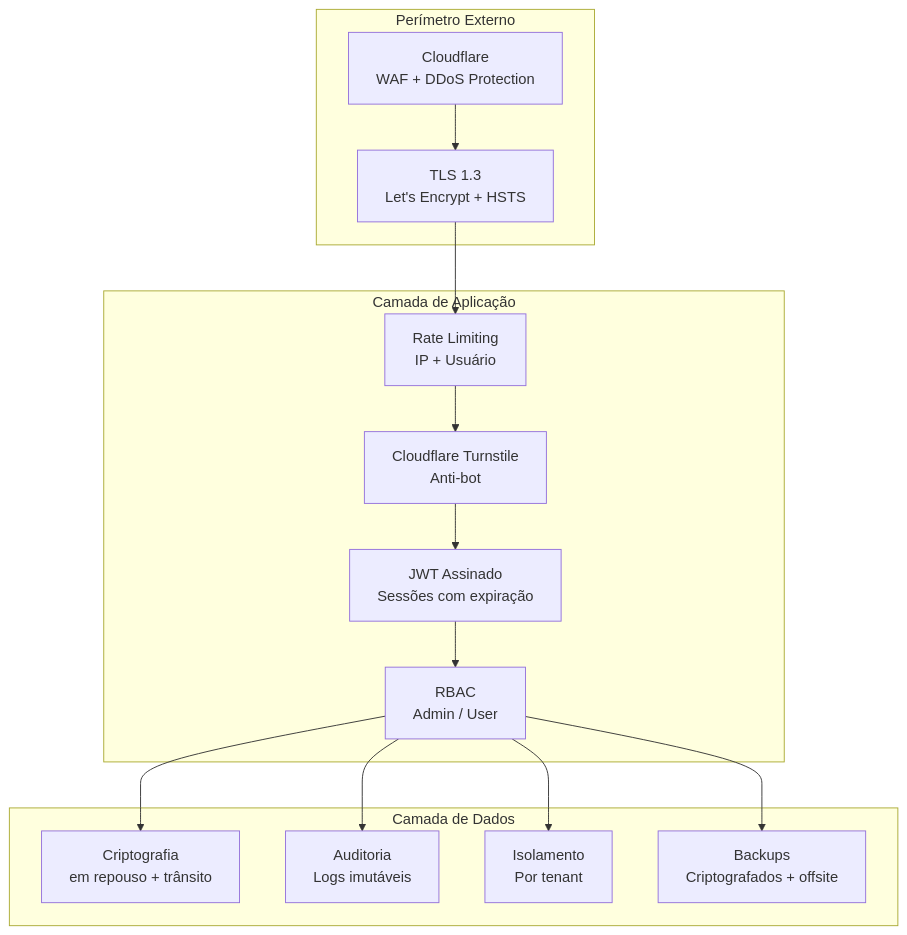
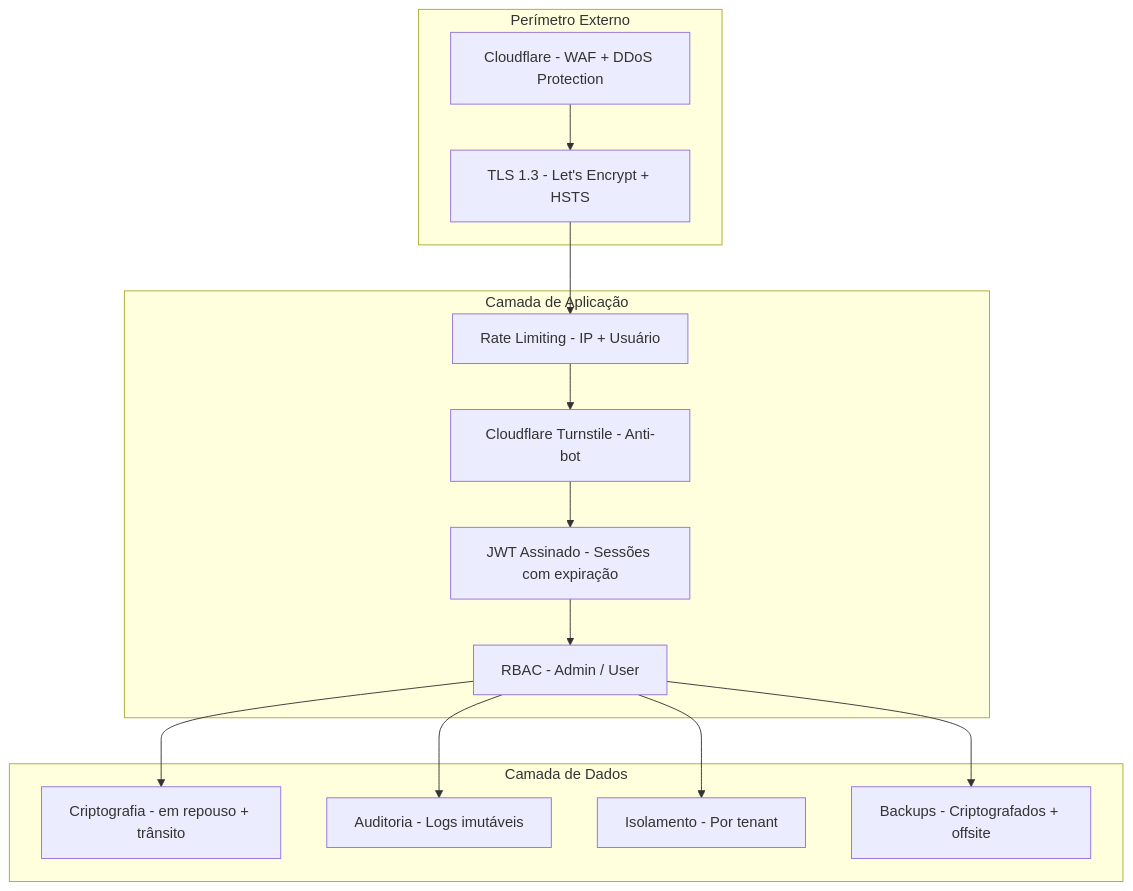
Before and after one commit to SperryTecnologia/debuga-ai: the eighth of 9 diagrams in docs/WHITEPAPER_PTBR.md, drawn with Mermaid. The commit also changed other lines of this file and 213 other files, not shown here.

````diff
--- a/docs/WHITEPAPER_PTBR.md
+++ b/docs/WHITEPAPER_PTBR.md
@@ -264,24 +264,24 @@
 ```mermaid
 graph TB
     subgraph "Perímetro Externo"
-        CF[Cloudflare<br/>WAF + DDoS Protection]
-        TLS[TLS 1.3<br/>Let's Encrypt + HSTS]
+        CF[Cloudflare - WAF + DDoS Protection]
+        TLS[TLS 1.3 - Let's Encrypt + HSTS]
     end
     subgraph "Camada de Aplicação"
-        RATE[Rate Limiting<br/>IP + Usuário]
-        CAPTCHA[Cloudflare Turnstile<br/>Anti-bot]
-        JWT2[JWT Assinado<br/>Sessões com expiração]
-        RBAC[RBAC<br/>Admin / User]
+        RATE[Rate Limiting - IP + Usuário]
+        CAPTCHA[Cloudflare Turnstile - Anti-bot]
+        JWT2[JWT Assinado - Sessões com expiração]
+        RBAC["RBAC - Admin / User"]
     end
     subgraph "Camada de Dados"
-        ENCRYPT[Criptografia<br/>em repouso + trânsito]
-        AUDIT[Auditoria<br/>Logs imutáveis]
-        ISOLATE[Isolamento<br/>Por tenant]
-        BACKUP[Backups<br/>Criptografados + offsite]
+        ENCRYPT[Criptografia - em repouso + trânsito]
+        AUDIT[Auditoria - Logs imutáveis]
+        ISOLATE[Isolamento - Por tenant]
+        BACKUP[Backups - Criptografados + offsite]
     end
     CF --> TLS --> RATE --> CAPTCHA --> JWT2 --> RBAC
     RBAC --> ENCRYPT
     RBAC --> AUDIT
     RBAC --> ISOLATE
     RBAC --> BACKUP
 ```
````
